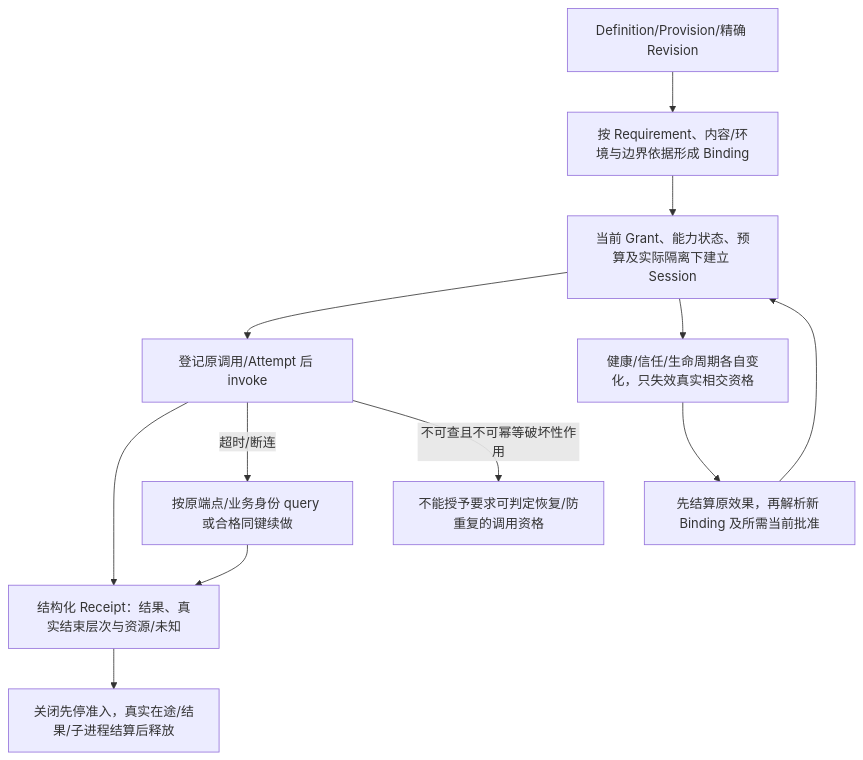
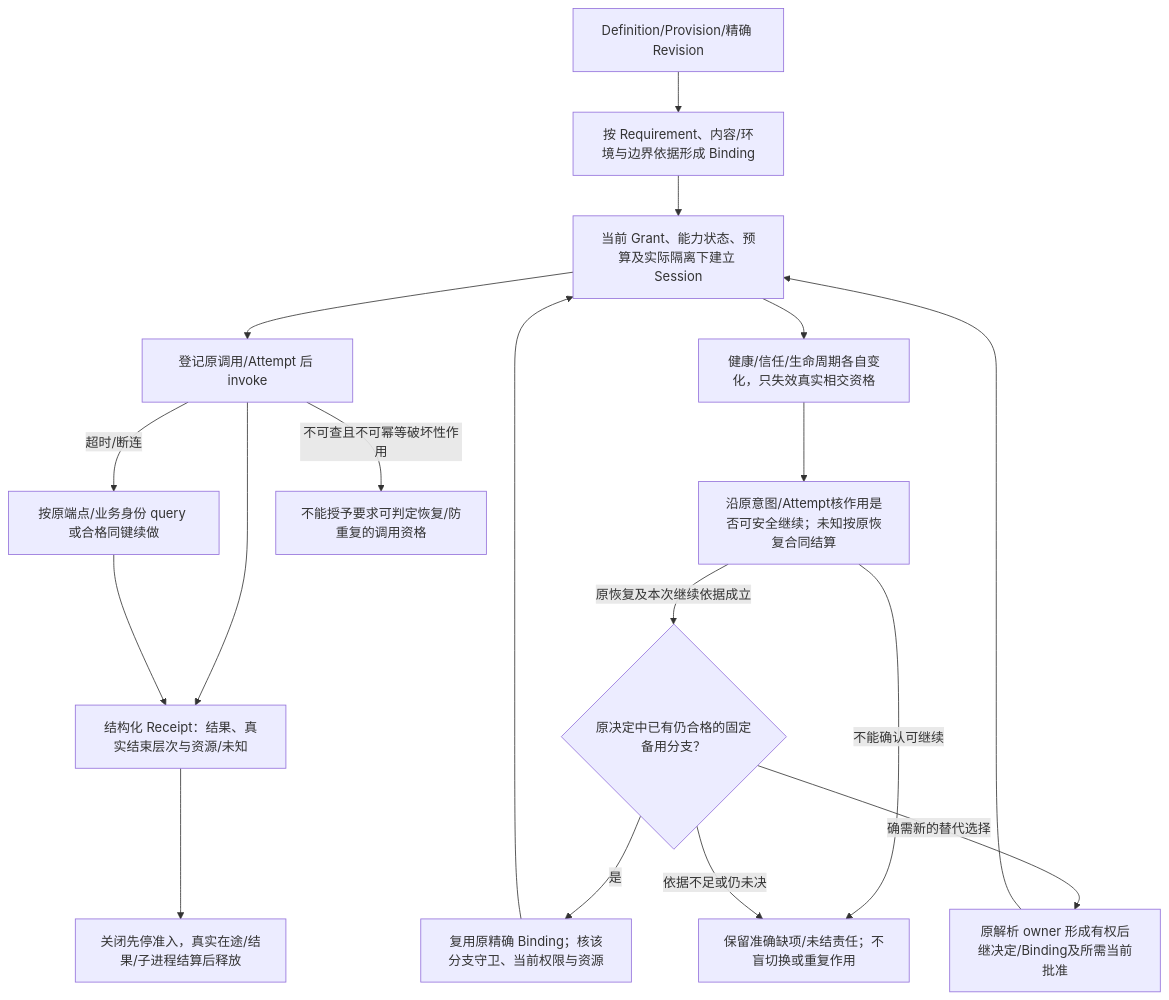
The sixth of 19 diagrams in docs/运行/发布运行与资源生命周期.md (sec-platform/sec), drawn with Mermaid before and after one commit. The commit also changed 21 other files, not shown here.

````diff
--- a/docs/运行/发布运行与资源生命周期.md
+++ b/docs/运行/发布运行与资源生命周期.md
@@ -361,14 +361,20 @@
 ```mermaid
 flowchart TB
   definition["Definition/Provision/精确 Revision"] --> binding["按 Requirement、内容/环境与边界依据形成 Binding"]
   binding --> session["当前 Grant、能力状态、预算及实际隔离下建立 Session"]
   session --> invoke["登记原调用/Attempt 后 invoke"]
   invoke --> receipt["结构化 Receipt：结果、真实结束层次与资源/未知"]
   invoke -->|超时/断连| query["按原端点/业务身份 query 或合格同键续做"]
   query --> receipt
   receipt --> close["关闭先停准入，真实在途/结果/子进程结算后释放"]
   session --> drift["健康/信任/生命周期各自变化，只失效真实相交资格"]
-  drift --> fallback["先结算原效果，再解析新 Binding 及所需当前批准"]
-  fallback --> session
+  drift --> fallback["沿原意图/Attempt核作用是否可安全继续；未知按原恢复合同结算"]
+  fallback -->|原恢复及本次继续依据成立| route{"原决定中已有仍合格的固定备用分支？"}
+  fallback -->|不能确认可继续| waiting
+  route -->|是| fixed["复用原精确 Binding；核该分支守卫、当前权限与资源"]
+  fixed --> session
+  route -->|确需新的替代选择| select["原解析 owner 形成有权后继决定/Binding及所需当前批准"]
+  select --> session
+  route -->|依据不足或仍未决| waiting["保留准确缺项/未结责任；不盲切换或重复作用"]
   invoke -->|不可查且不可幂等破坏性作用| missing["不能授予要求可判定恢复/防重复的调用资格"]
 ```
````
